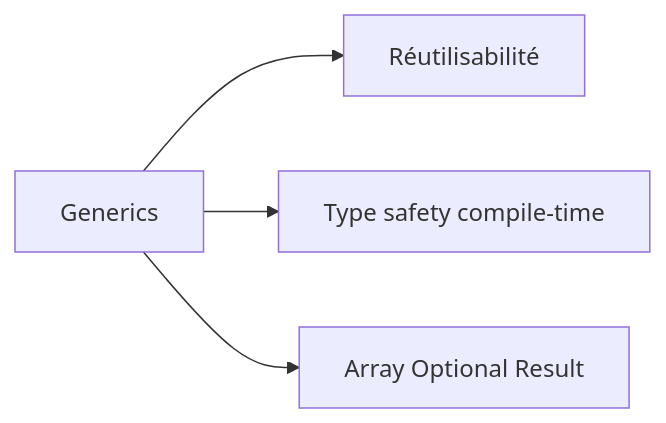
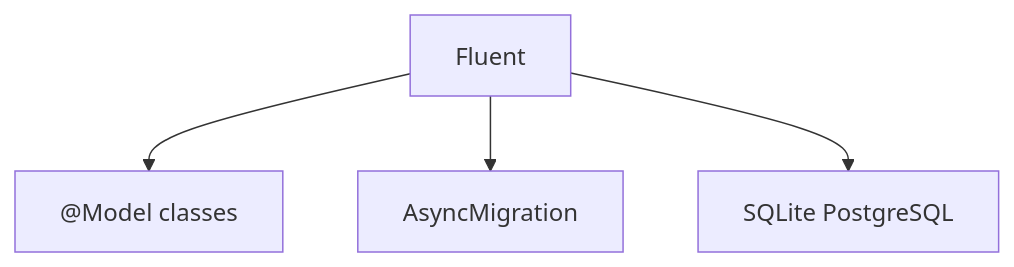
Before and after one commit to zyrass/omnydocs: diagram 16 of 45 in docs/glossaire/developpement-mobile.md, drawn with Mermaid. The commit also changed other lines of this file and 959 other files, not shown here.

````diff
--- a/docs/glossaire/developpement-mobile.md
+++ b/docs/glossaire/developpement-mobile.md
@@ -519,6 +572,6 @@
-    ```mermaid
-    graph LR
-        A[Generics] --> B[Réutilisabilité]
-        A --> C[Type safety compile-time]
-        A --> D[Array Optional Result]
-    ```
+```mermaid
+graph TB
+    A[Fluent] --> B["@Model classes"]
+    A --> C[AsyncMigration]
+    A --> D["SQLite PostgreSQL"]
+```
````
